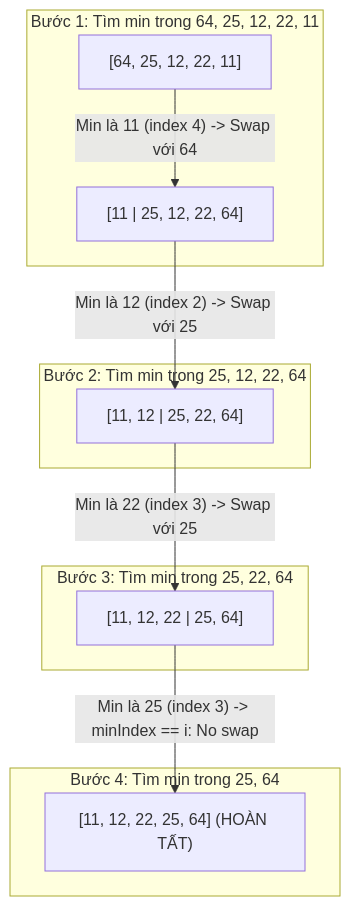
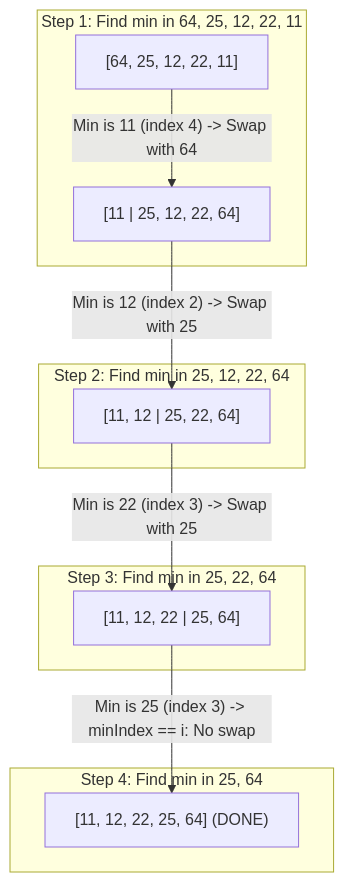
Before and after one commit to ga2631/ga2631.github.io: the diagram in src/data/blog/en/29-2026-06-04-selection-sort-minimum-index-swapping-cpp.md, drawn with Mermaid. The commit also changed other lines of this file and 74 other files, not shown here.

````diff
--- a/src/data/blog/en/29-2026-06-04-selection-sort-minimum-index-swapping-cpp.md
+++ b/src/data/blog/en/29-2026-06-04-selection-sort-minimum-index-swapping-cpp.md
@@ -44,15 +44,15 @@
 ```mermaid
 flowchart TD
-    subgraph Step1 [Bước 1: Tìm min trong 64, 25, 12, 22, 11]
-        A1["[64, 25, 12, 22, 11]"] -->|"Min là 11 (index 4) -> Swap với 64"| A2["[11 | 25, 12, 22, 64]"]
+    subgraph Step1 [Step 1: Find min in 64, 25, 12, 22, 11]
+        A1["[64, 25, 12, 22, 11]"] -->|"Min is 11 (index 4) -> Swap with 64"| A2["[11 | 25, 12, 22, 64]"]
     end
-    subgraph Step2 [Bước 2: Tìm min trong 25, 12, 22, 64]
-        A2 -->|"Min là 12 (index 2) -> Swap với 25"| A3["[11, 12 | 25, 22, 64]"]
+    subgraph Step2 [Step 2: Find min in 25, 12, 22, 64]
+        A2 -->|"Min is 12 (index 2) -> Swap with 25"| A3["[11, 12 | 25, 22, 64]"]
     end
-    subgraph Step3 [Bước 3: Tìm min trong 25, 22, 64]
-        A3 -->|"Min là 22 (index 3) -> Swap với 25"| A4["[11, 12, 22 | 25, 64]"]
+    subgraph Step3 [Step 3: Find min in 25, 22, 64]
+        A3 -->|"Min is 22 (index 3) -> Swap with 25"| A4["[11, 12, 22 | 25, 64]"]
     end
-    subgraph Step4 [Bước 4: Tìm min trong 25, 64]
-        A4 -->|"Min là 25 (index 3) -> minIndex == i: No swap"| A5["[11, 12, 22, 25, 64] (HOÀN TẤT)"]
+    subgraph Step4 [Step 4: Find min in 25, 64]
+        A4 -->|"Min is 25 (index 3) -> minIndex == i: No swap"| A5["[11, 12, 22, 25, 64] (DONE)"]
     end
 ```
````
